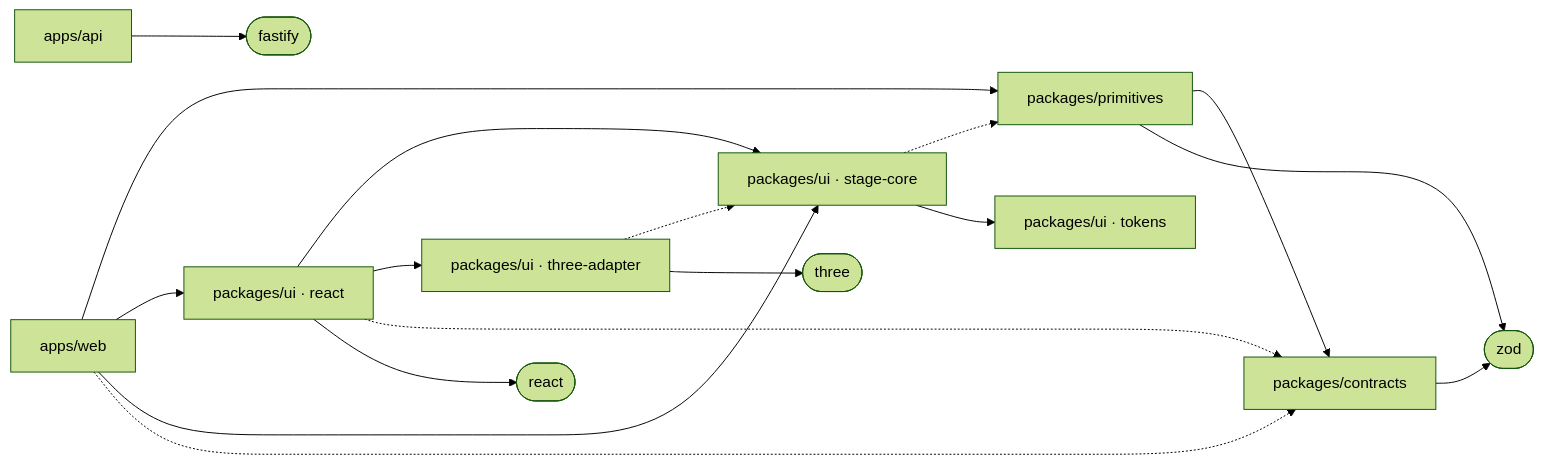
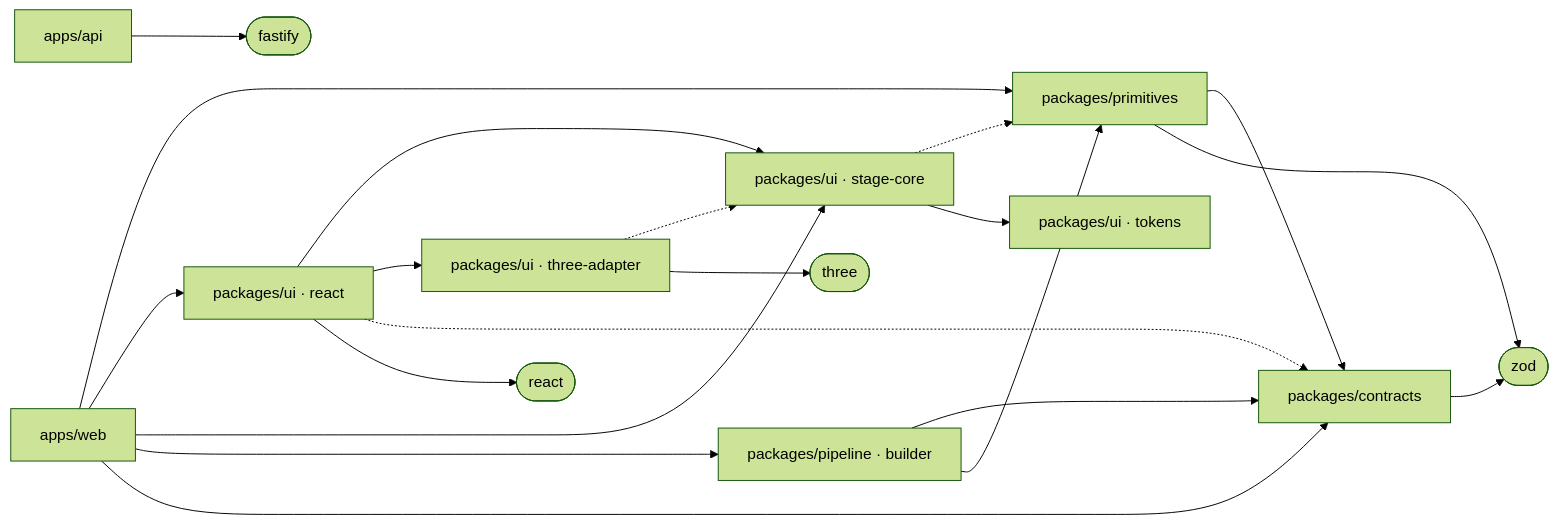
Before and after one commit to ritwiz06/PaperPlay: the first of 2 diagrams in docs/architecture.md, drawn with Mermaid (forest theme). The commit also changed other lines of this file and 5 other files, not shown here.

````diff
--- a/docs/architecture.md
+++ b/docs/architecture.md
@@ -42,19 +45,22 @@
 ```mermaid
 flowchart LR
   web["apps/web"] --> primitives["packages/primitives"]
   web --> react["packages/ui · react"]
   web --> stagecore["packages/ui · stage-core"]
-  web -.-> contracts
+  web --> pipeline["packages/pipeline · builder"]
+  web --> contracts
+  pipeline --> contracts
+  pipeline --> primitives
   react --> stagecore
   react --> adapter["packages/ui · three-adapter"]
   react -.-> contracts
   react --> reactlib(["react"])
   primitives --> contracts["packages/contracts"]
   stagecore -.-> primitives
   stagecore --> tokens["packages/ui · tokens"]
   adapter -.-> stagecore
   contracts --> zod(["zod"])
   primitives --> zod
   adapter --> three(["three"])
   api["apps/api"] --> fastify(["fastify"])
 ```
````
